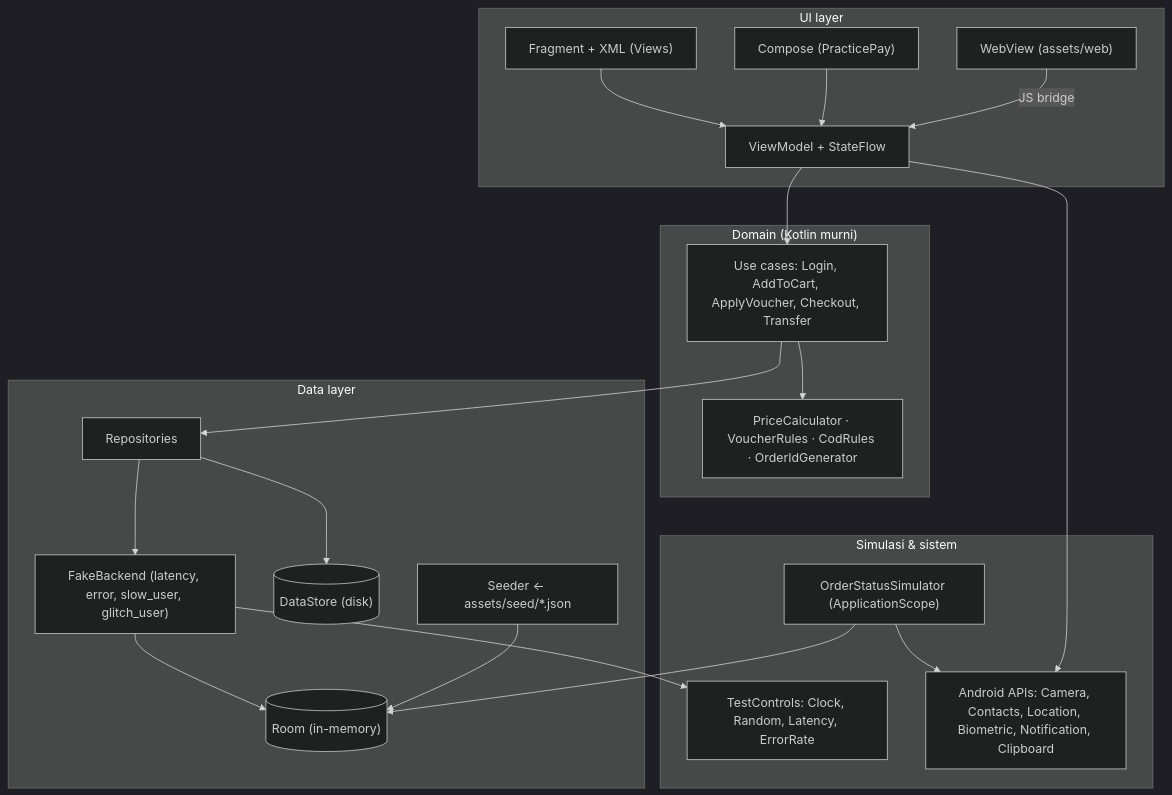
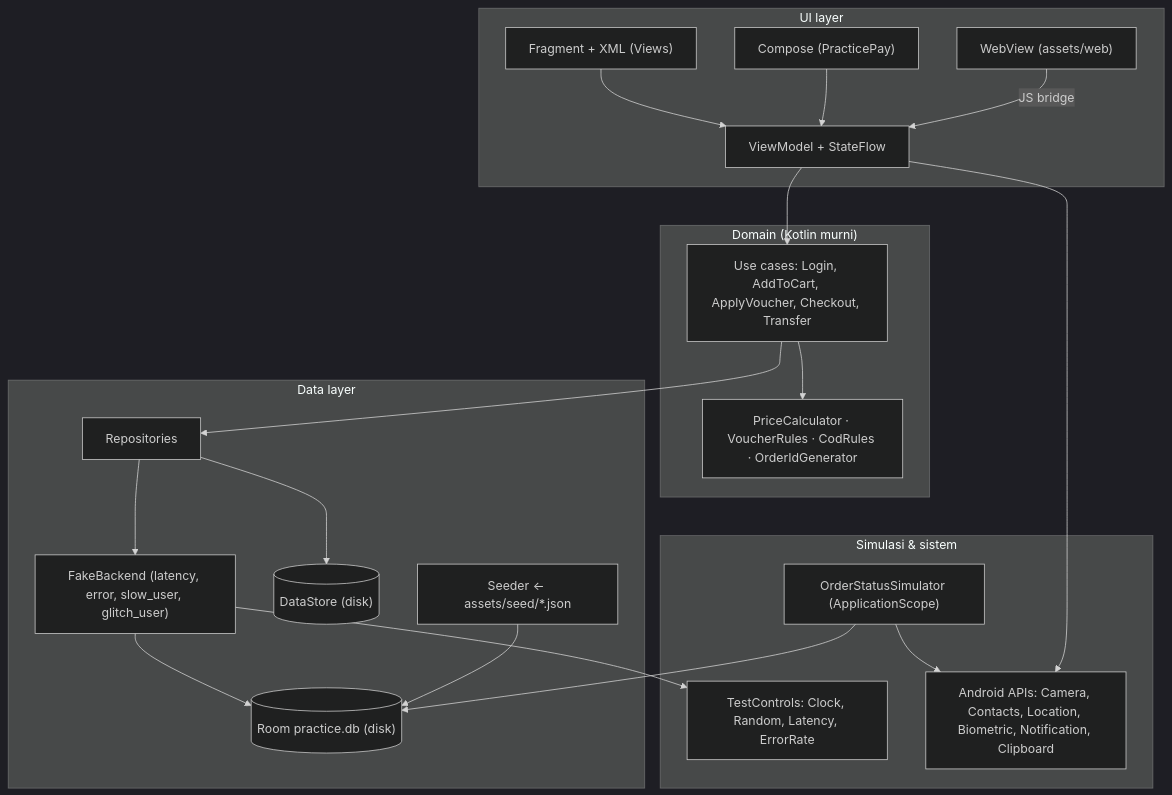
Before and after one commit to dhandyjoe/PracticeMarket.apps: the first of 2 diagrams in ARCHITECTURE.md, drawn with Mermaid (dark theme). The commit also changed other lines of this file and 28 other files, not shown here.

````diff
--- a/ARCHITECTURE.md
+++ b/ARCHITECTURE.md
@@ -75,36 +79,36 @@
 ```mermaid
 flowchart TB
   subgraph UI["UI layer"]
     V["Fragment + XML (Views)"]
     C["Compose (PracticePay)"]
     W["WebView (assets/web)"]
     VM["ViewModel + StateFlow"]
     V --> VM
     C --> VM
   end
   subgraph Domain["Domain (Kotlin murni)"]
     UC["Use cases: Login, AddToCart, ApplyVoucher, Checkout, Transfer"]
     CALC["PriceCalculator · VoucherRules · CodRules · OrderIdGenerator"]
   end
   subgraph Data["Data layer"]
     REPO["Repositories"]
     FB["FakeBackend (latency, error, slow_user, glitch_user)"]
-    DB[("Room (in-memory)")]
+    DB[("Room practice.db (disk)")]
     DS[("DataStore (disk)")]
     SEED["Seeder ← assets/seed/*.json"]
   end
   subgraph Sys["Simulasi & sistem"]
     SIM["OrderStatusSimulator (ApplicationScope)"]
     CTL["TestControls: Clock, Random, Latency, ErrorRate"]
     OS["Android APIs: Camera, Contacts, Location, Biometric, Notification, Clipboard"]
   end
   VM --> UC --> CALC
   UC --> REPO --> FB --> DB
   SEED --> DB
   REPO --> DS
   FB --> CTL
   SIM --> DB
   SIM --> OS
   VM --> OS
   W -- "JS bridge" --> VM
 ```
````
